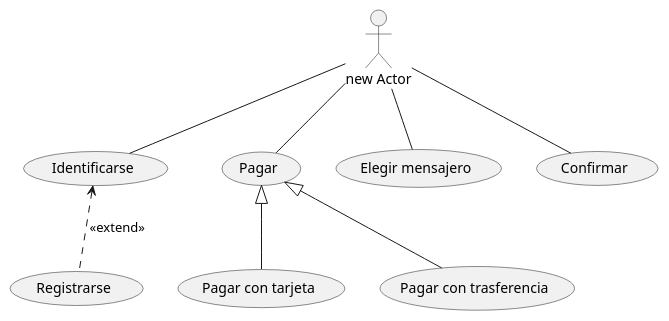
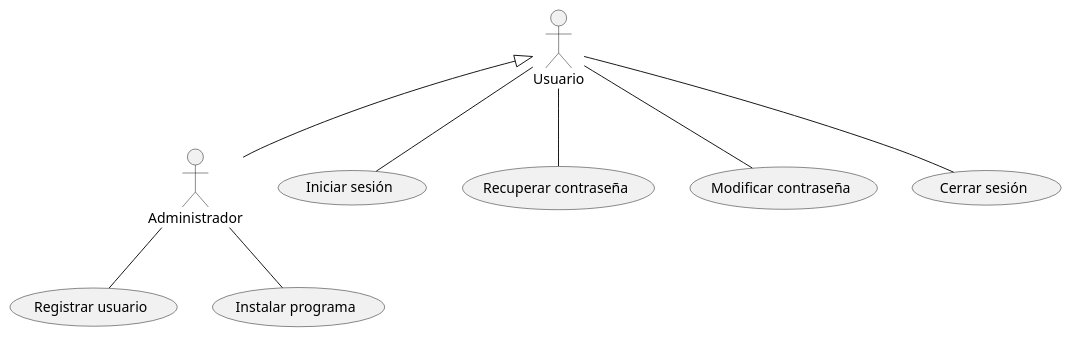
The diagram in Elementos.puml (abrahambelen/ClasesDeUsoPlantUML_I), drawn with PlantUML before and after one commit.

Commit message:
Usuarios y administradores.

```diff
--- a/Elementos.puml
+++ b/Elementos.puml
@@ -1,23 +1,26 @@
 @startuml
 
-:new Actor:
+:Usuario:
+:Administrador:
 
-(Identificarse)
-(Pagar)
-(Elegir mensajero)
-(Confirmar)
-(Registrarse)
-(Pagar con tarjeta)
-(Pagar con trasferencia)
+(Iniciar sesión)
+(Recuperar contraseña)
+(Modificar contraseña)
+(Cerrar sesión)
+(Registrar usuario)
+(Instalar programa)
 
-:new Actor: -- (Identificarse)
-:new Actor: -- (Pagar)
-:new Actor: -- (Elegir mensajero)
-:new Actor: -- (Confirmar)
+:Usuario: -- (Iniciar sesión)
+:Usuario: -- (Recuperar contraseña)
+:Usuario: -- (Modificar contraseña)
+:Usuario: -- (Cerrar sesión)
 
-(Identificarse) <.. (Registrarse) : <<extend>>
-(Pagar) <|-- (Pagar con tarjeta)
-(Pagar) <|-- (Pagar con trasferencia)
+:Administrador: -- (Registrar usuario)
+:Administrador: -- (Instalar programa)
+
+:Usuario: <|-- :Administrador:
+
+
 
 
 @enduml
```
